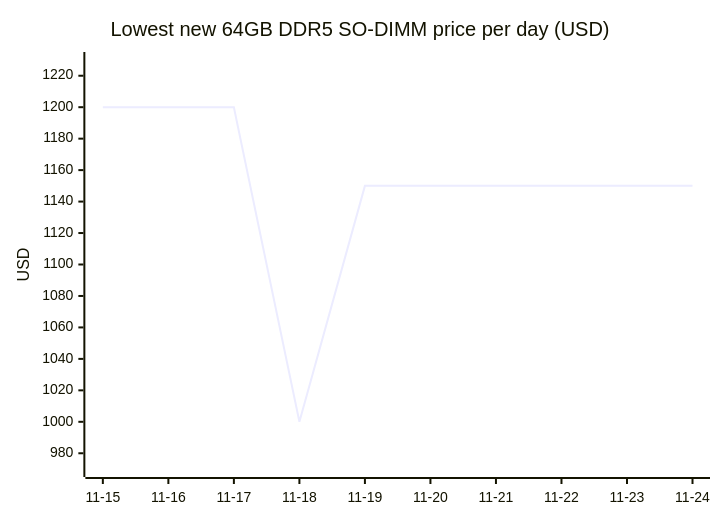
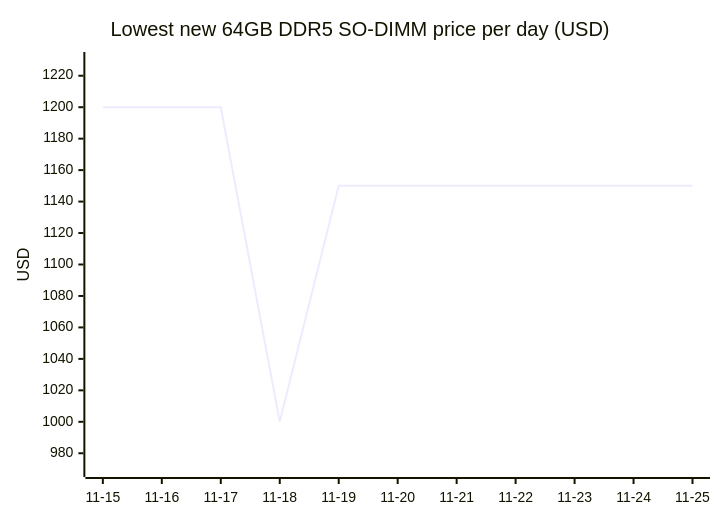
Before and after one commit to 7324136828/4tb_ssd_price_watch: the third of 18 diagrams in README.md, drawn with Mermaid. The commit also changed other lines of this file, not shown here.

````diff
--- a/README.md
+++ b/README.md
@@ -801,7 +826,7 @@
 ```mermaid
 xychart-beta
     title "Lowest new 64GB DDR5 SO-DIMM price per day (USD)"
-    x-axis ["11-15", "11-16", "11-17", "11-18", "11-19", "11-20", "11-21", "11-22", "11-23", "11-24"]
+    x-axis ["11-15", "11-16", "11-17", "11-18", "11-19", "11-20", "11-21", "11-22", "11-23", "11-24", "11-25"]
     y-axis "USD" 970 --> 1230
-    line [1199.89, 1199.89, 1199.89, 1000.00, 1149.99, 1149.99, 1149.99, 1149.99, 1149.99, 1149.99]
+    line [1199.89, 1199.89, 1199.89, 1000.00, 1149.99, 1149.99, 1149.99, 1149.99, 1149.99, 1149.99, 1149.99]
 ```
````
